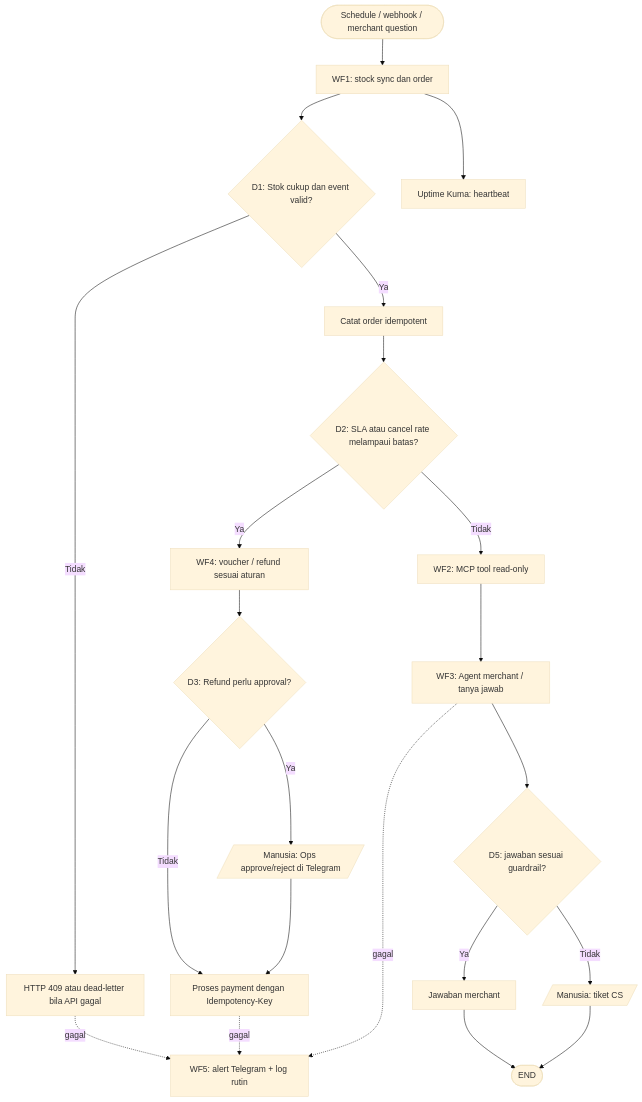
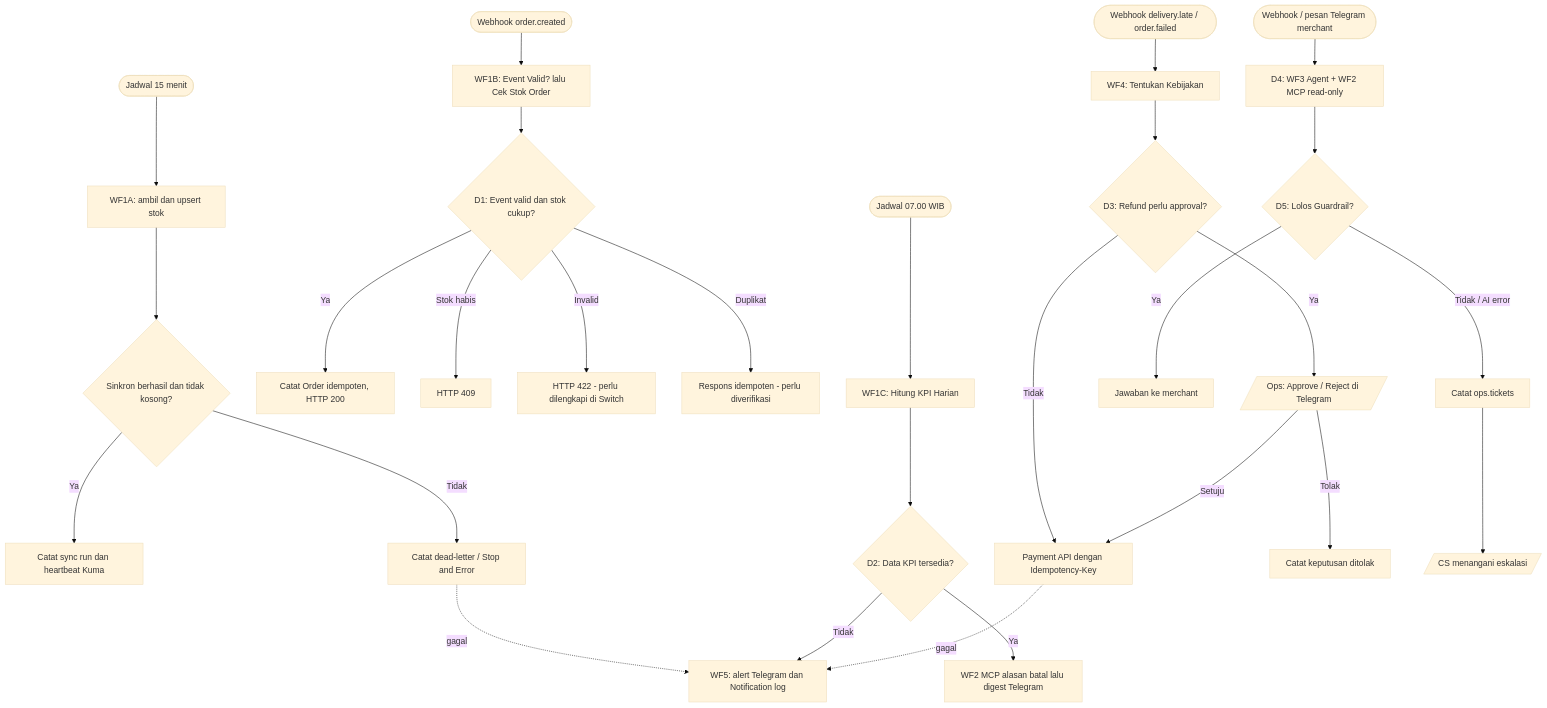
The second of 2 diagrams in docs/01-brd-process-map.md (SyifaMutaalia/h8mart-ops), drawn with Mermaid (base theme) before and after one commit. The commit also changed other lines of this file and 26 other files, not shown here.

````diff
--- a/docs/01-brd-process-map.md
+++ b/docs/01-brd-process-map.md
@@ -41,24 +48,34 @@
 ```mermaid
 flowchart TD
-    T1([Schedule / webhook / merchant question]) --> WF1[WF1: stock sync dan order]
-    WF1 --> D1{D1: Stok cukup dan event valid?}
-    D1 -- Ya --> A1[Catat order idempotent]
-    D1 -- Tidak --> R1[HTTP 409 atau dead-letter bila API gagal]
-    A1 --> D2{D2: SLA atau cancel rate melampaui batas?}
-    D2 -- Ya --> WF4[WF4: voucher / refund sesuai aturan]
-    WF4 --> D3{D3: Refund perlu approval?}
-    D3 -- Ya --> H1[/Manusia: Ops approve/reject di Telegram/]
-    D3 -- Tidak --> P1[Proses payment dengan Idempotency-Key]
-    H1 --> P1
-    D2 -- Tidak --> WF2[WF2: MCP tool read-only]
-    WF2 --> WF3[WF3: Agent merchant / tanya jawab]
-    WF3 --> D5{D5: jawaban sesuai guardrail?}
-    D5 -- Tidak --> H2[/Manusia: tiket CS/]
-    D5 -- Ya --> A2[Jawaban merchant]
-    R1 -. gagal .-> WF5[WF5: alert Telegram + log rutin]
-    P1 -. gagal .-> WF5
-    WF3 -. gagal .-> WF5
-    WF1 --> K[Uptime Kuma: heartbeat]
-    A2 --> F([END])
-    H2 --> F
+    S1([Jadwal 15 menit]) --> SYNC[WF1A: ambil dan upsert stok]
+    SYNC --> CHECK{Sinkron berhasil dan tidak kosong?}
+    CHECK -- Ya --> HEART[Catat sync run dan heartbeat Kuma]
+    CHECK -- Tidak --> DL[Catat dead-letter / Stop and Error]
+    DL -. gagal .-> WF5[WF5: alert Telegram dan Notification log]
+
+    E1([Webhook order.created]) --> VALID[WF1B: Event Valid? lalu Cek Stok Order]
+    VALID --> D1{D1: Event valid dan stok cukup?}
+    D1 -- Ya --> SAVE[Catat Order idempoten, HTTP 200]
+    D1 -- Stok habis --> R409[HTTP 409]
+    D1 -- Invalid --> R422[HTTP 422 - perlu dilengkapi di Switch]
+    D1 -- Duplikat --> RDUP[Respons idempoten - perlu diverifikasi]
+
+    S2([Jadwal 07.00 WIB]) --> KPI[WF1C: Hitung KPI Harian]
+    KPI --> D2{D2: Data KPI tersedia?}
+    D2 -- Ya --> DIG[WF2 MCP alasan batal lalu digest Telegram]
+    D2 -- Tidak --> WF5
+
+    E2([Webhook delivery.late / order.failed]) --> RULE[WF4: Tentukan Kebijakan]
+    RULE --> D3{D3: Refund perlu approval?}
+    D3 -- Ya --> APPROVE[/Ops: Approve / Reject di Telegram/]
+    D3 -- Tidak --> PAY[Payment API dengan Idempotency-Key]
+    APPROVE -- Setuju --> PAY
+    APPROVE -- Tolak --> REJECT[Catat keputusan ditolak]
+    PAY -. gagal .-> WF5
+
+    E3([Webhook / pesan Telegram merchant]) --> D4["D4: WF3 Agent + WF2 MCP read-only"]
+    D4 --> D5{D5: Lolos Guardrail?}
+    D5 -- Ya --> ANS[Jawaban ke merchant]
+    D5 -- Tidak / AI error --> TICKET[Catat ops.tickets]
+    TICKET --> CS[/CS menangani eskalasi/]
 ```
````
